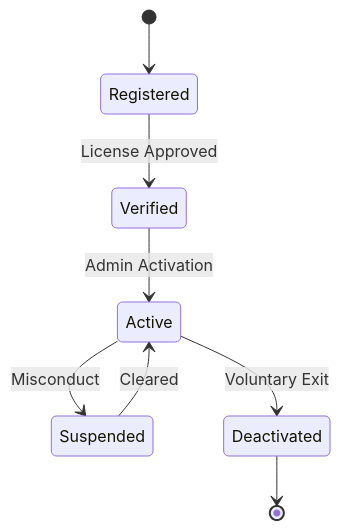
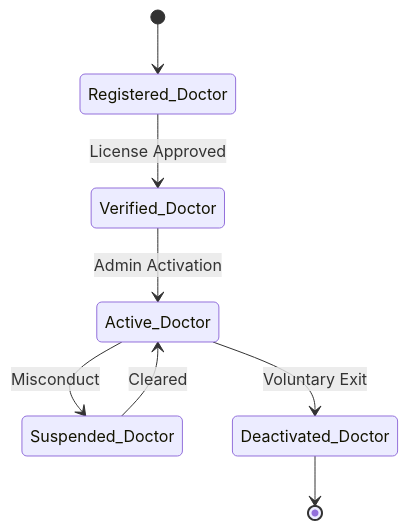
The second of 8 diagrams in State Transition Diagrams.md (glory-kasongo-03/Doctor_appointment_booking_system), drawn with Mermaid before and after one commit. The commit also changed other lines of this file, not shown here.

Commit message:
Updated State Transition Diagrams.md

````diff
--- a/State Transition Diagrams.md
+++ b/State Transition Diagrams.md
@@ -15,10 +14,11 @@
 ```mermaid
 stateDiagram-v2
-    [*] --> Registered
-    Registered --> Verified : License Approved
-    Verified --> Active : Admin Activation
-    Active --> Suspended : Misconduct
-    Suspended --> Active : Cleared
-    Active --> Deactivated : Voluntary Exit
-    Deactivated --> [*]
+    %% Initial state
+    [*] --> Registered_Doctor
+    Registered_Doctor --> Verified_Doctor : License Approved
+    Verified_Doctor --> Active_Doctor : Admin Activation
+    Active_Doctor --> Suspended_Doctor : Misconduct
+    Suspended_Doctor --> Active_Doctor : Cleared
+    Active_Doctor --> Deactivated_Doctor : Voluntary Exit
+    Deactivated_Doctor --> [*]
 ```
````
